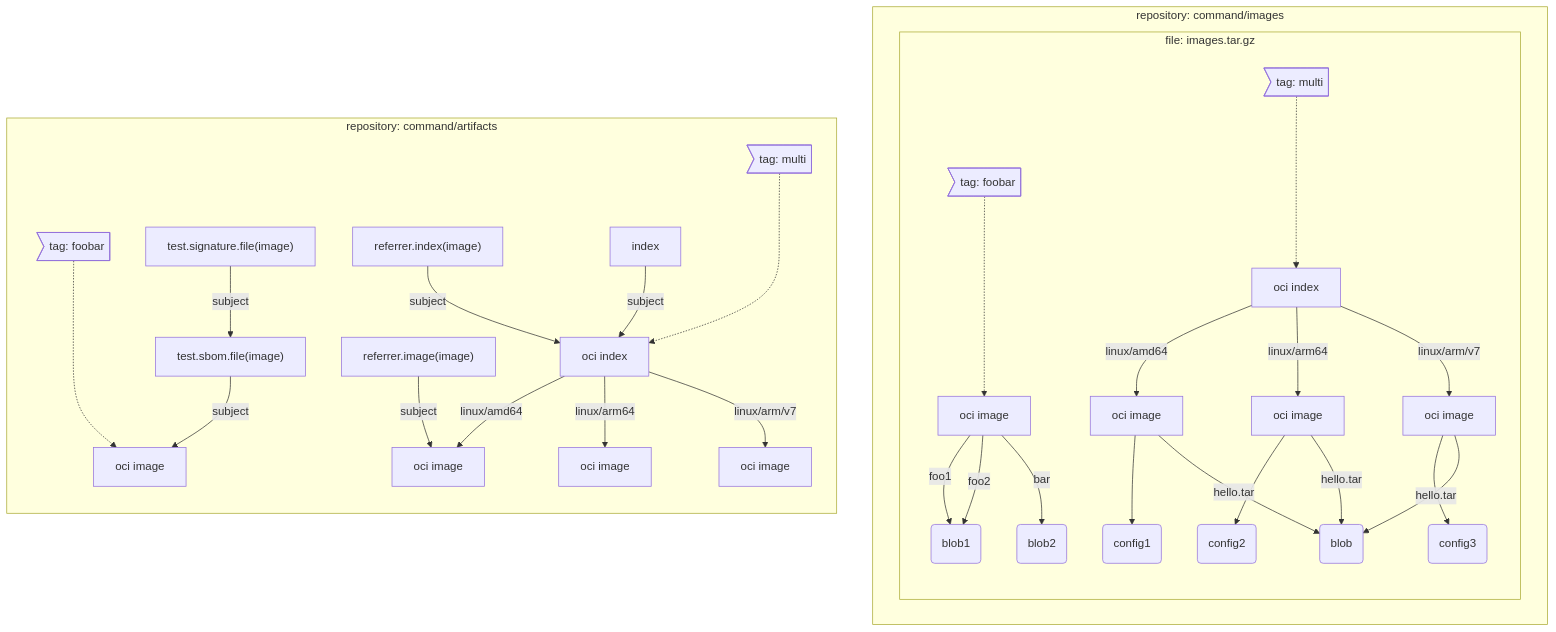
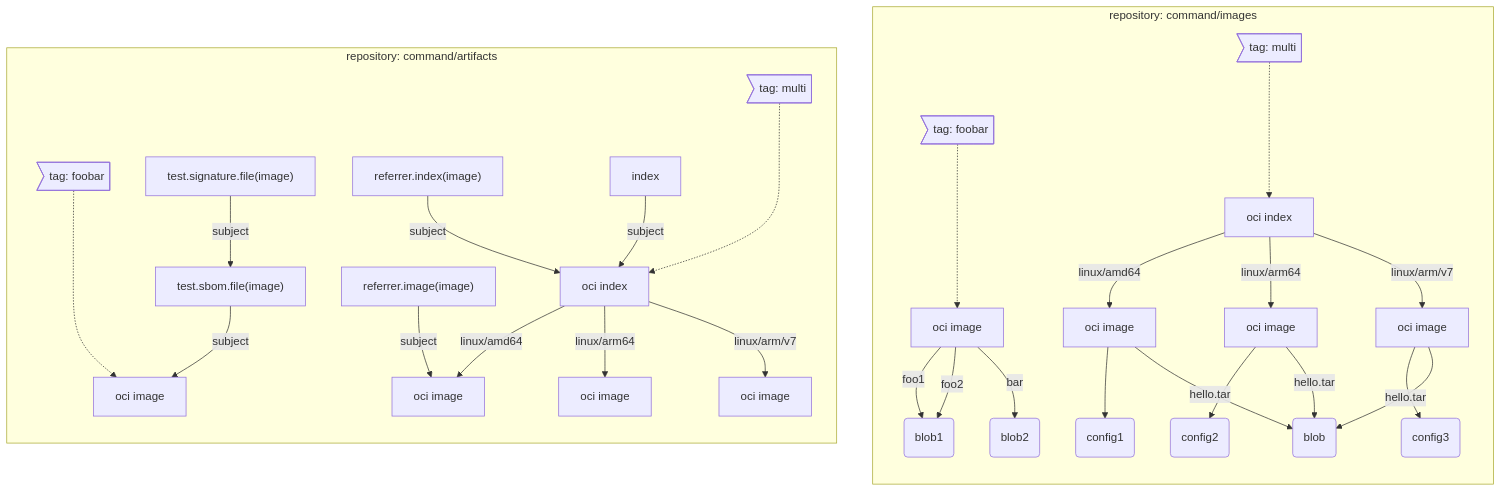
One commit to oras-project/oras changed the third of 3 diagrams in test/e2e/README.md. Above: the diagram before and after it, drawn with Mermaid.

````diff
--- a/test/e2e/README.md
+++ b/test/e2e/README.md
@@ -149,41 +149,39 @@
 ```mermaid
 graph TD;
     subgraph "repository: command/images"
-        subgraph "file: images.tar.gz"
-            direction TB
-            A0>tag: multi]-..->A1[oci index]
-            A1--linux/amd64-->A2[oci image]
-            A1--linux/arm64-->A3[oci image]
-            A1--linux/arm/v7-->A4[oci image]
-            A2-->A5(config1)
-            A3-->A6(config2)
-            A4-->A7(config3)
-            A2-- hello.tar -->A8(blob)
-            A3-- hello.tar -->A8(blob)
-            A4-- hello.tar -->A8(blob)
+        direction TB
+        A0>tag: multi]-..->A1[oci index]
+        A1--linux/amd64-->A2[oci image]
+        A1--linux/arm64-->A3[oci image]
+        A1--linux/arm/v7-->A4[oci image]
+        A2-->A5(config1)
+        A3-->A6(config2)
+        A4-->A7(config3)
+        A2-- hello.tar -->A8(blob)
+        A3-- hello.tar -->A8(blob)
+        A4-- hello.tar -->A8(blob)
 
-            B0>tag: foobar]-..->B1[oci image]
-            B1-- foo1 -->B2(blob1)
-            B1-- foo2 -->B2(blob1)
-            B1-- bar -->B3(blob2)
-        end
+        B0>tag: foobar]-..->B1[oci image]
+        B1-- foo1 -->B2(blob1)
+        B1-- foo2 -->B2(blob1)
+        B1-- bar -->B3(blob2)
     end
     
     subgraph "repository: command/artifacts"
-            direction TB
-            C0>tag: foobar]-..->C1[oci image]
-            
-            direction TB
-            direction TB
-            D1["test.sbom.file(image)"] -- subject --> C1
-            D2["test.signature.file(image)"] -- subject --> D1
-            direction TB
-            F0>tag: multi]-..->F1[oci index]
-            F1--linux/amd64-->F2[oci image]
-            F1--linux/arm64-->F3[oci image]
-            F1--linux/arm/v7-->F4[oci image]
-            G1["referrer.index(image)"] -- subject --> F1
-            G2["referrer.image(image)"] -- subject --> F2
-            G3["index"] -- subject --> F1
+        direction TB
+        C0>tag: foobar]-..->C1[oci image]
+        
+        direction TB
+        direction TB
+        D1["test.sbom.file(image)"] -- subject --> C1
+        D2["test.signature.file(image)"] -- subject --> D1
+        direction TB
+        F0>tag: multi]-..->F1[oci index]
+        F1--linux/amd64-->F2[oci image]
+        F1--linux/arm64-->F3[oci image]
+        F1--linux/arm/v7-->F4[oci image]
+        G1["referrer.index(image)"] -- subject --> F1
+        G2["referrer.image(image)"] -- subject --> F2
+        G3["index"] -- subject --> F1
     end
 ```
````
